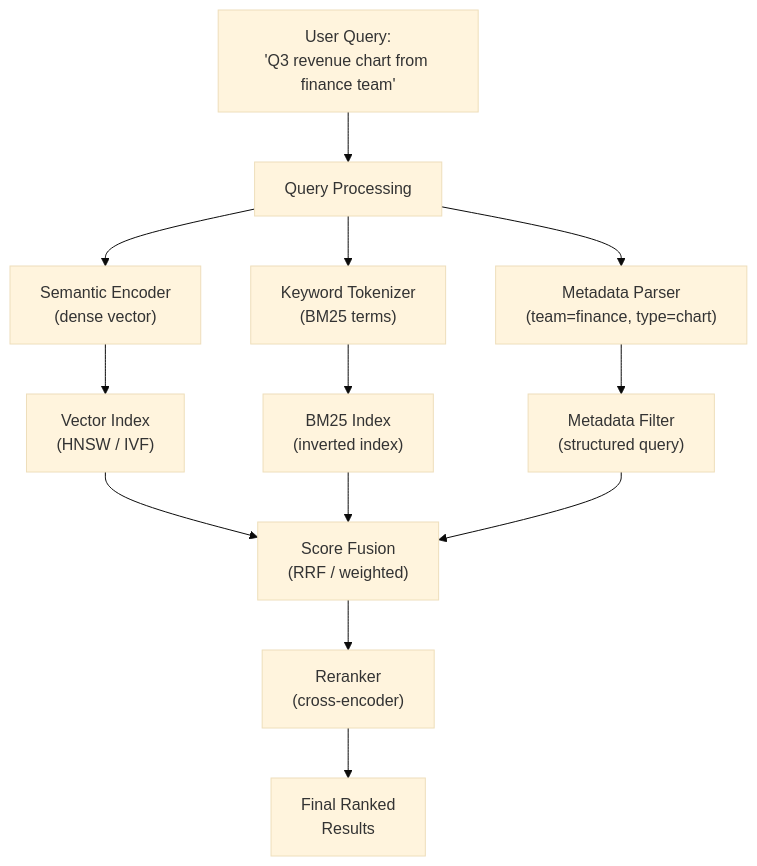
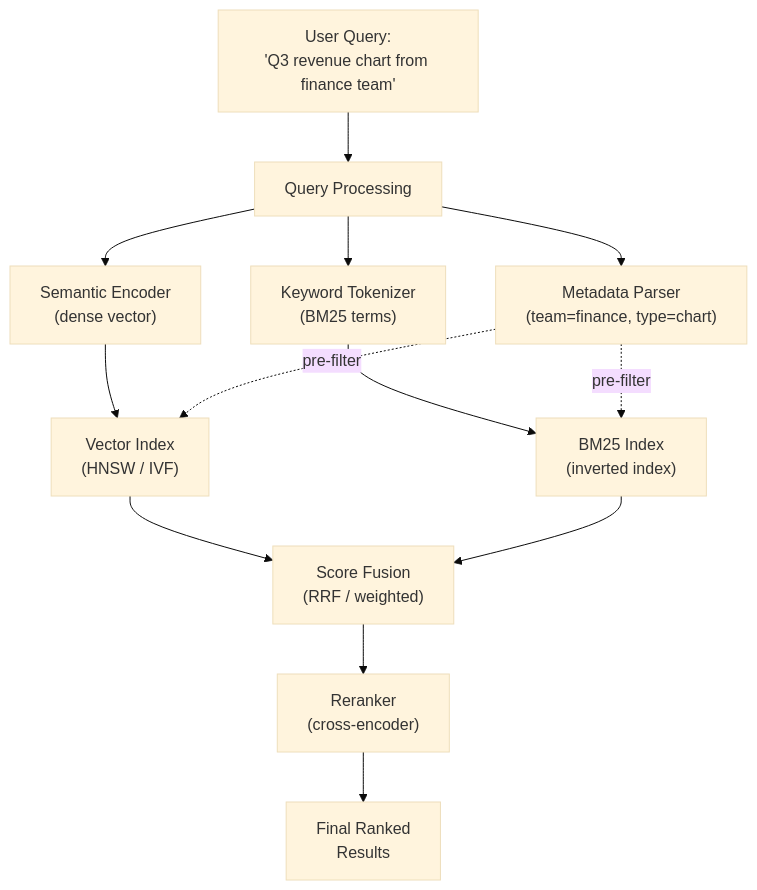
The third of 4 diagrams in content/28_semantic_search.md (Hmago/ml4), drawn with Mermaid (base theme) before and after one commit. The commit also changed other lines of this file and 96 other files, not shown here.

````diff
--- a/content/28_semantic_search.md
+++ b/content/28_semantic_search.md
@@ -399,19 +595,19 @@
 ```mermaid
 flowchart TD
-    Q["User Query:\n'Q3 revenue chart from finance team'"] --> P["Query Processing"]
+    Q["User Query:<br/>'Q3 revenue chart from finance team'"] --> P["Query Processing"]
 
-    P --> SE["Semantic Encoder\n(dense vector)"]
-    P --> KW["Keyword Tokenizer\n(BM25 terms)"]
-    P --> MF["Metadata Parser\n(team=finance, type=chart)"]
+    P --> SE["Semantic Encoder<br/>(dense vector)"]
+    P --> KW["Keyword Tokenizer<br/>(BM25 terms)"]
+    P --> MF["Metadata Parser<br/>(team=finance, type=chart)"]
 
-    SE --> VDB["Vector Index\n(HNSW / IVF)"]
-    KW --> BM["BM25 Index\n(inverted index)"]
-    MF --> FIL["Metadata Filter\n(structured query)"]
+    SE --> VDB["Vector Index<br/>(HNSW / IVF)"]
+    KW --> BM["BM25 Index<br/>(inverted index)"]
+    MF -.->|pre-filter| VDB
+    MF -.->|pre-filter| BM
 
-    VDB --> MERGE["Score Fusion\n(RRF / weighted)"]
+    VDB --> MERGE["Score Fusion<br/>(RRF / weighted)"]
     BM --> MERGE
-    FIL --> MERGE
 
-    MERGE --> RR["Reranker\n(cross-encoder)"]
-    RR --> RES["Final Ranked\nResults"]
+    MERGE --> RR["Reranker<br/>(cross-encoder)"]
+    RR --> RES["Final Ranked<br/>Results"]
 ```
````
